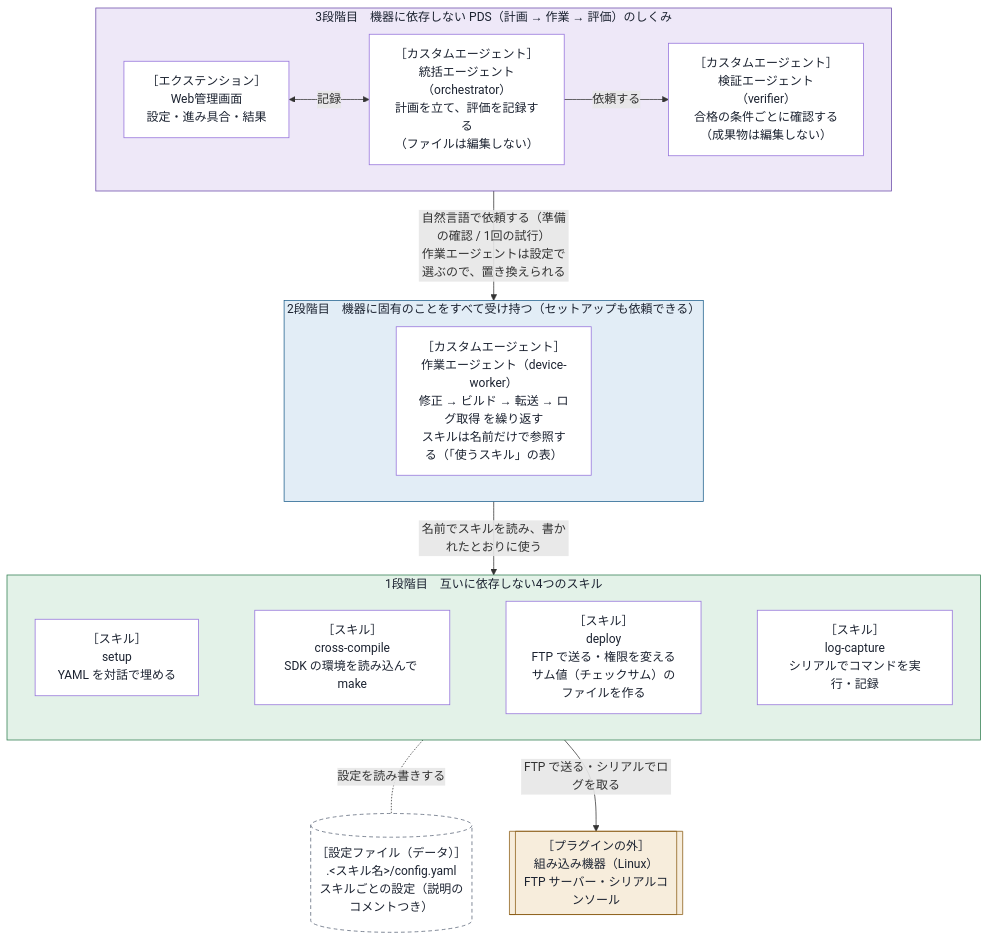
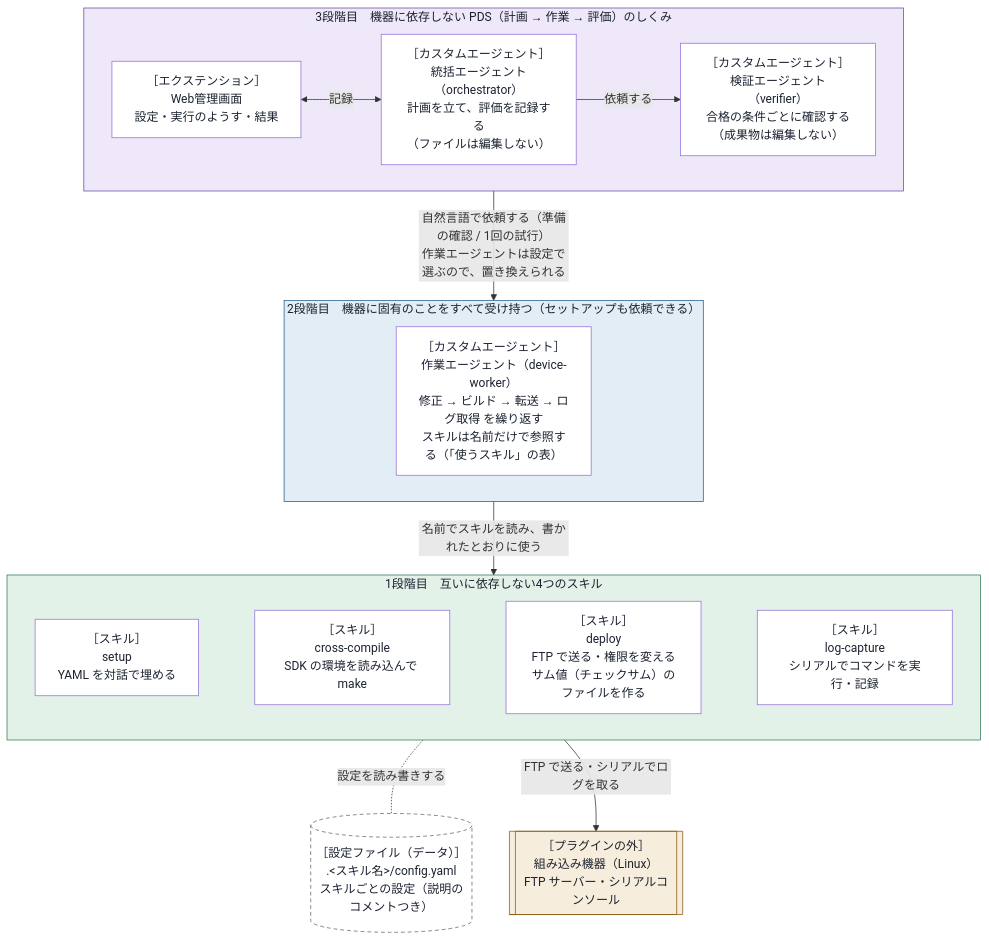
The diagram in plugins/embedded-debug-loop/docs/design/design.md (xclang-brain/plugin-market-place), drawn with Mermaid before and after one commit. The commit also changed other lines of this file and 1 other file, not shown here.

````diff
--- a/plugins/embedded-debug-loop/docs/design/design.md
+++ b/plugins/embedded-debug-loop/docs/design/design.md
@@ -19,42 +19,42 @@
 ```mermaid
 flowchart TB
     subgraph L3["3段階目　機器に依存しない PDS（計画 → 作業 → 評価）のしくみ"]
         direction LR
-        UI["［エクステンション］<br/>Web管理画面<br/>設定・進み具合・結果"]
+        UI["［エクステンション］<br/>Web管理画面<br/>設定・実行のようす・結果"]
         ORC["［カスタムエージェント］<br/>統括エージェント（orchestrator）<br/>計画を立て、評価を記録する<br/>（ファイルは編集しない）"]
         VER["［カスタムエージェント］<br/>検証エージェント（verifier）<br/>合格の条件ごとに確認する<br/>（成果物は編集しない）"]
         UI <-- "記録" --> ORC
         ORC -- "依頼する" --> VER
     end
 
     subgraph L2["2段階目　機器に固有のことをすべて受け持つ（セットアップも依頼できる）"]
         WRK["［カスタムエージェント］<br/>作業エージェント（device-worker）<br/>修正 → ビルド → 転送 → ログ取得 を繰り返す<br/>スキルは名前だけで参照する（「使うスキル」の表）"]
     end
 
     subgraph L1["1段階目　互いに依存しない4つのスキル"]
         direction LR
         SETUP["［スキル］<br/>setup<br/>YAML を対話で埋める"]
         CC["［スキル］<br/>cross-compile<br/>SDK の環境を読み込んで make"]
         DEP["［スキル］<br/>deploy<br/>FTP で送る・権限を変える<br/>サム値（チェックサム）のファイルを作る"]
         LOG["［スキル］<br/>log-capture<br/>シリアルでコマンドを実行・記録"]
         SETUP ~~~ CC ~~~ DEP ~~~ LOG
     end
 
     CFG[("［設定ファイル（データ）］<br/>.#lt;スキル名#gt;/config.yaml<br/>スキルごとの設定（説明のコメントつき）")]
     DEV[["［プラグインの外］<br/>組み込み機器（Linux）<br/>FTP サーバー・シリアルコンソール"]]
 
     L3 -- "自然言語で依頼する（準備の確認 / 1回の試行）<br/>作業エージェントは設定で選ぶので、置き換えられる" --> L2
     L2 -- "名前でスキルを読み、書かれたとおりに使う" --> L1
     L1 -. "設定を読み書きする" .- CFG
     L1 -- "FTP で送る・シリアルでログを取る" --> DEV
 
     style L3 fill:#eee8f8,stroke:#6a4aa8,color:#1b2230
     style L2 fill:#e2edf6,stroke:#1d5e8c,color:#1b2230
     style L1 fill:#e3f2e8,stroke:#2f7d4f,color:#1b2230
     classDef node fill:#ffffff,color:#1b2230
     classDef dev fill:#f7eddc,stroke:#8a5a12,color:#1b2230
     classDef cfg fill:#ffffff,stroke:#586275,color:#1b2230,stroke-dasharray:5 4
     class UI,ORC,VER,WRK,SETUP,CC,DEP,LOG node
     class DEV dev
     class CFG cfg
 ```
````
